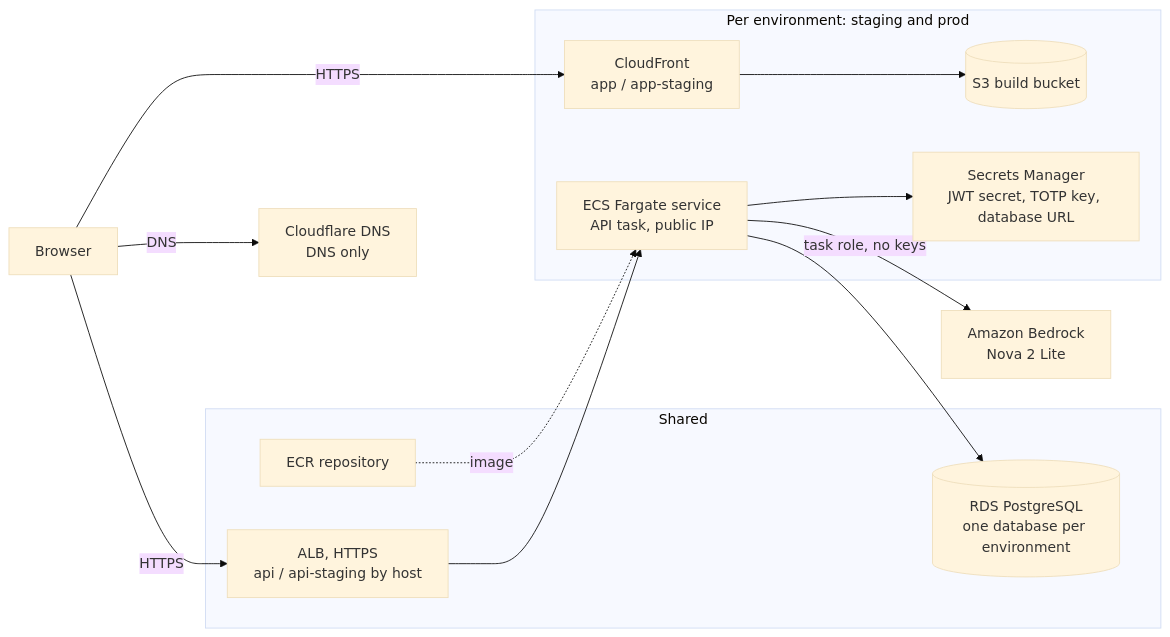
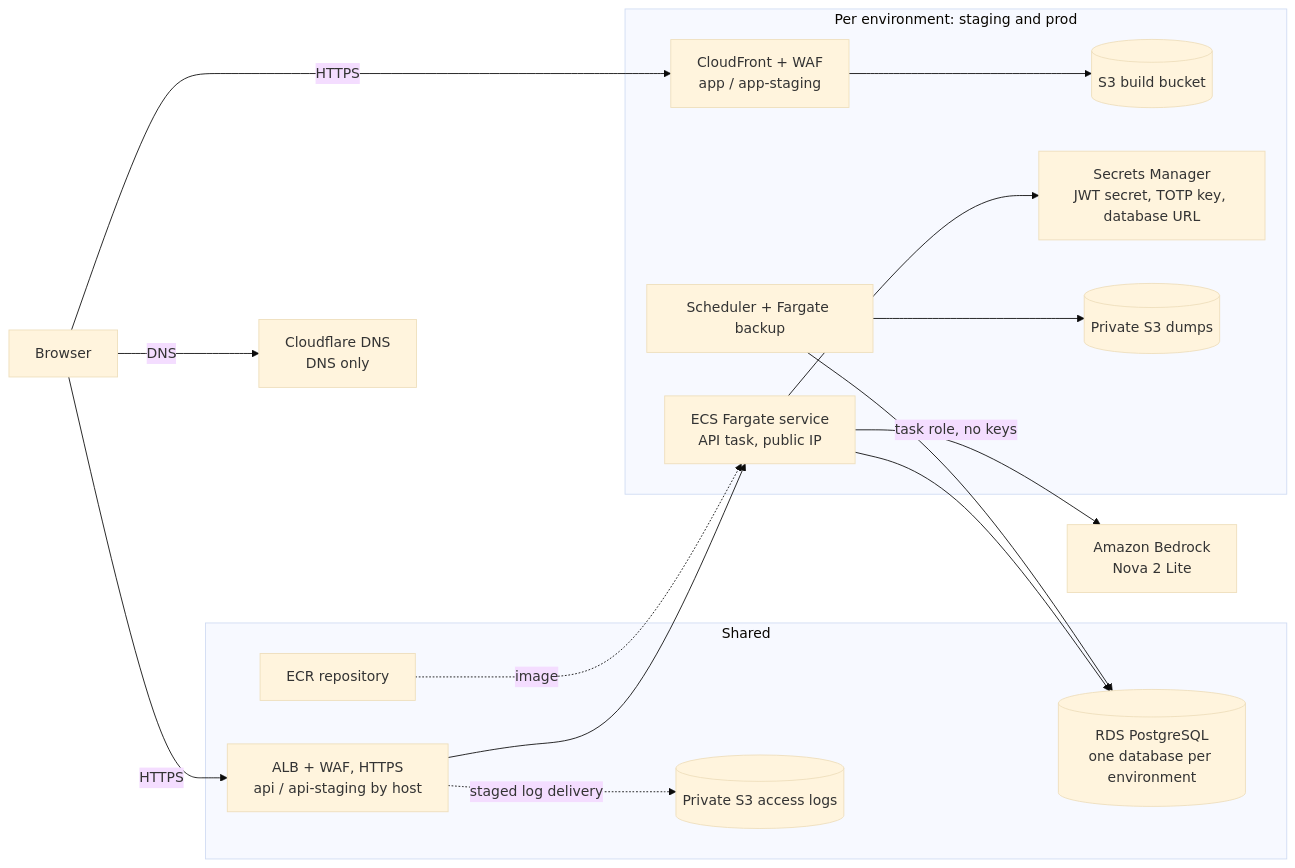
Before and after one commit to victorkauan/silver-proposals-infra: the diagram in docs/architecture/aws.md, drawn with Mermaid (base theme). The commit also changed other lines of this file and 43 other files, not shown here.

````diff
--- a/docs/architecture/aws.md
+++ b/docs/architecture/aws.md
@@ -7,25 +7,31 @@
 ```mermaid
 flowchart LR
   user[Browser]
   cf[Cloudflare DNS<br/>DNS only]
   subgraph envs[Per environment: staging and prod]
-    cdn[CloudFront<br/>app / app-staging]
+    cdn[CloudFront + WAF<br/>app / app-staging]
     s3[(S3 build bucket)]
     svc[ECS Fargate service<br/>API task, public IP]
     sec[Secrets Manager<br/>JWT secret, TOTP key, database URL]
+    dump[Scheduler + Fargate backup]
+    backups[(Private S3 dumps)]
   end
   subgraph shared[Shared]
-    alb[ALB, HTTPS<br/>api / api-staging by host]
+    alb[ALB + WAF, HTTPS<br/>api / api-staging by host]
     rds[(RDS PostgreSQL<br/>one database per environment)]
     ecr[ECR repository]
+    logs[(Private S3 access logs)]
   end
   bedrock[Amazon Bedrock<br/>Nova 2 Lite]
 
   user -- DNS --> cf
   user -- HTTPS --> cdn --> s3
   user -- HTTPS --> alb --> svc
   svc --> rds
+  dump --> rds
+  dump --> backups
+  alb -. staged log delivery .-> logs
   svc -- task role, no keys --> bedrock
   svc --> sec
   ecr -. image .-> svc
 ```
````
